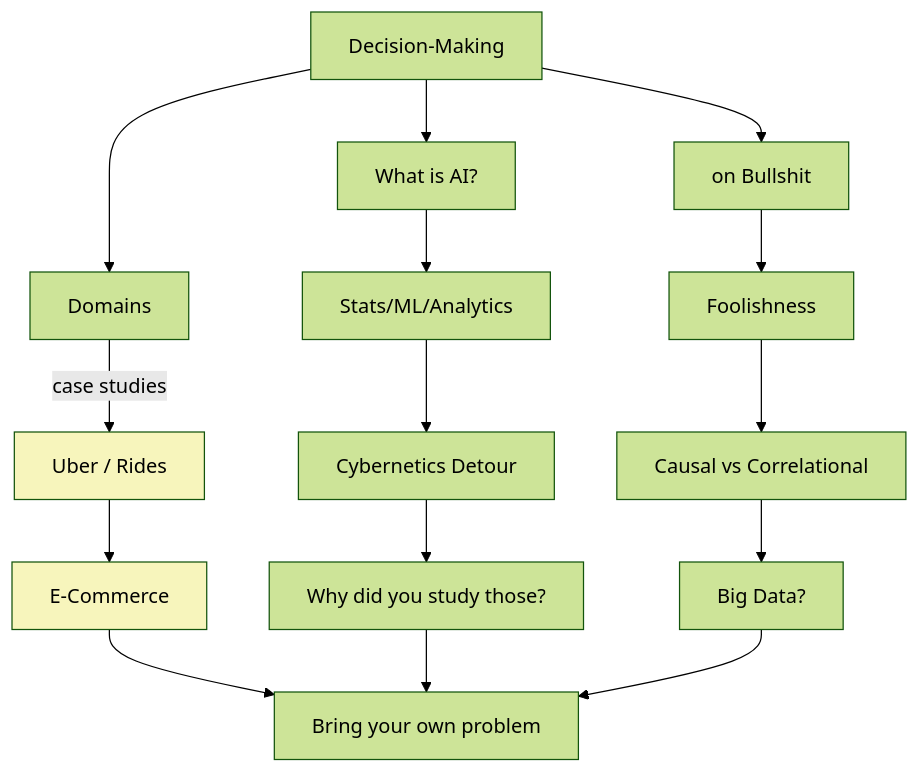
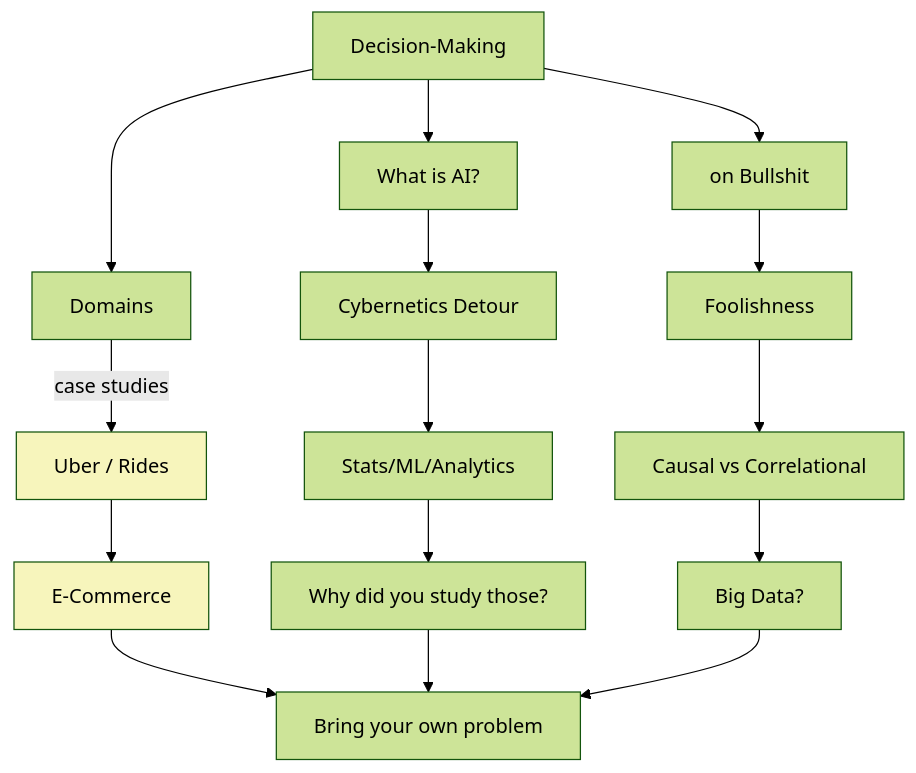
One commit to Bizovi/decision-making-website changed the first of 2 diagrams in course_book/01_fundamentals/background.qmd. Above: the diagram before and after it, drawn with Mermaid (forest theme). The commit also changed other lines of this file, not shown here.

Commit message:
Finish the section about AI, ML and Analytics

````diff
--- a/course_book/01_fundamentals/background.qmd
+++ b/course_book/01_fundamentals/background.qmd
@@ -41,22 +41,22 @@
 ```{mermaid}
 %%| label: fig-mermaid
 %%| fig-width: 9
 %%| fig-cap: |
 %%|   A mind map and roadmap of the ideas and topics in this lecture. 
 %%|   It is designed to give you a wide context in which AI is used and misused.
 %%|   The classroom version is designed to be participatory and conversational, 
 %%|   but I will try to do my best to communicate that spirit in written form
 
 flowchart TD
   DM[Decision-Making] --> Domains[Domains] -- case studies --> U[Uber / Rides] --> Ecom[E-Commerce]
-  DM --> AI[What is AI?] --> Choice[Stats/ML/Analytics]
-  Choice --> Cy[Cybernetics Detour] --> F[Why did you study those?]
+  DM --> AI[What is AI?] --> Cy[Cybernetics Detour] --> Choice[Stats/ML/Analytics]
+  Choice  --> F[Why did you study those?]
   DM --> BS[on Bullshit] --> Fool[Foolishness] --> Caus[Causal vs Correlational] --> BD[Big Data?]
 
   Ecom --> BYOP[Bring your own problem]
   F --> BYOP
   BD --> BYOP
 
   style U fill:#f7f5bc
   style Ecom fill:#f7f5bc
 ```
````
